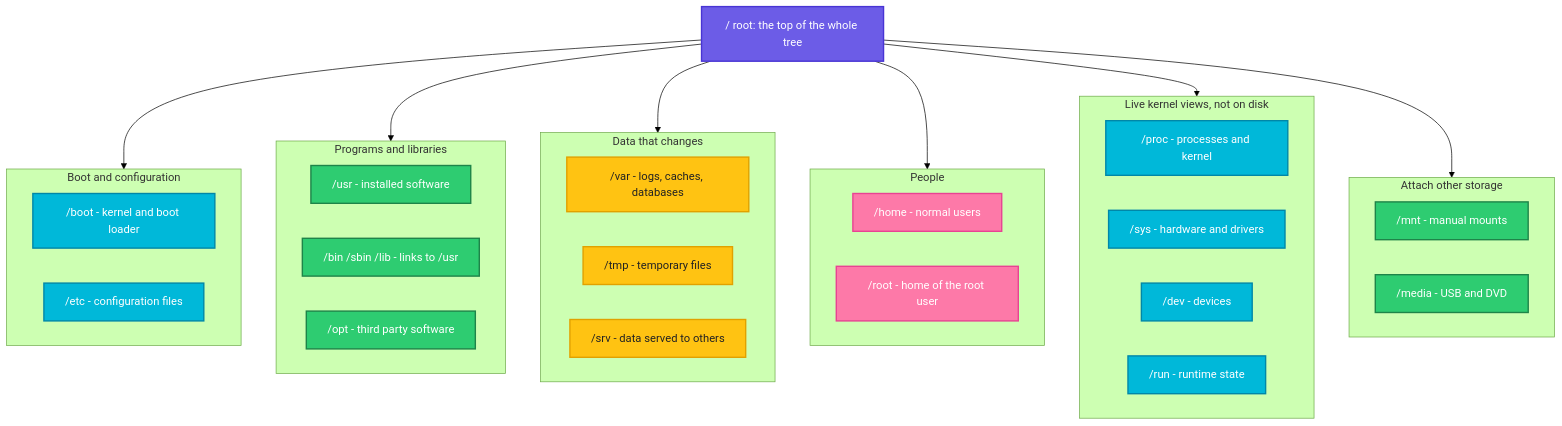
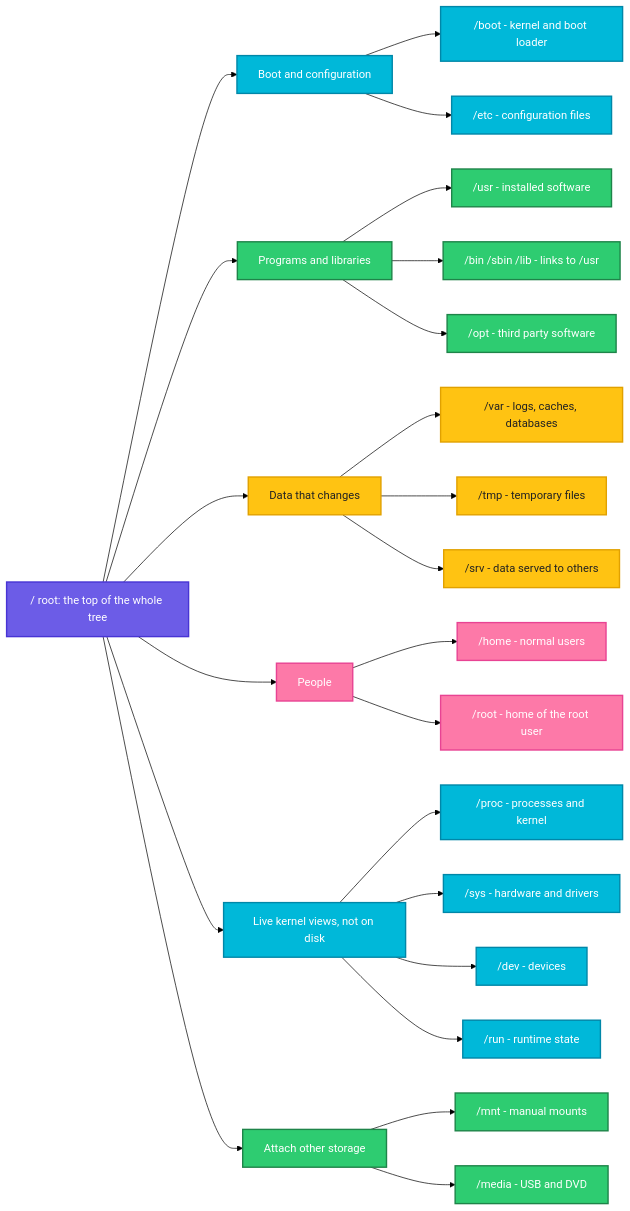
One commit to codeKerdosTech/DevOps-Documentation changed the diagram in linux/fundamentals/04-filesystem-hierarchy.md. Above: the diagram before and after it, drawn with Mermaid (forest theme). The commit also changed other lines of this file, not shown here.

Commit message:
updated linux

````diff
--- a/linux/fundamentals/04-filesystem-hierarchy.md
+++ b/linux/fundamentals/04-filesystem-hierarchy.md
@@ -42,52 +42,45 @@
 ```mermaid
-flowchart TD
+flowchart LR
     ROOT["/ root: the top of the whole tree"]
-    ROOT --> G1
-    ROOT --> G2
-    ROOT --> G3
-    ROOT --> G4
-    ROOT --> G5
-    ROOT --> G6
+    ROOT --> G1["Boot and configuration"]
+    ROOT --> G2["Programs and libraries"]
+    ROOT --> G3["Data that changes"]
+    ROOT --> G4["People"]
+    ROOT --> G5["Live kernel views, not on disk"]
+    ROOT --> G6["Attach other storage"]
 
-    subgraph G1["Boot and configuration"]
-        boot["/boot - kernel and boot loader"]
-        etc["/etc - configuration files"]
-    end
-    subgraph G2["Programs and libraries"]
-        usr["/usr - installed software"]
-        bin["/bin /sbin /lib - links to /usr"]
-        opt["/opt - third party software"]
-    end
-    subgraph G3["Data that changes"]
-        var["/var - logs, caches, databases"]
-        tmp["/tmp - temporary files"]
-        srv["/srv - data served to others"]
-    end
-    subgraph G4["People"]
-        home["/home - normal users"]
-        rootuser["/root - home of the root user"]
-    end
-    subgraph G5["Live kernel views, not on disk"]
-        procfs["/proc - processes and kernel"]
-        sysfs["/sys - hardware and drivers"]
-        dev["/dev - devices"]
-        run["/run - runtime state"]
-    end
-    subgraph G6["Attach other storage"]
-        mnt["/mnt - manual mounts"]
-        media["/media - USB and DVD"]
-    end
+    G1 --> boot["/boot - kernel and boot loader"]
+    G1 --> etc["/etc - configuration files"]
+
+    G2 --> usr["/usr - installed software"]
+    G2 --> bin["/bin /sbin /lib - links to /usr"]
+    G2 --> opt["/opt - third party software"]
+
+    G3 --> var["/var - logs, caches, databases"]
+    G3 --> tmp["/tmp - temporary files"]
+    G3 --> srv["/srv - data served to others"]
+
+    G4 --> home["/home - normal users"]
+    G4 --> rootuser["/root - home of the root user"]
+
+    G5 --> procfs["/proc - processes and kernel"]
+    G5 --> sysfs["/sys - hardware and drivers"]
+    G5 --> dev["/dev - devices"]
+    G5 --> run["/run - runtime state"]
+
+    G6 --> mnt["/mnt - manual mounts"]
+    G6 --> media["/media - USB and DVD"]
 
     classDef start fill:#6C5CE7,stroke:#4834D4,stroke-width:2px,color:#fff
     classDef proc fill:#00B8D9,stroke:#0087A8,stroke-width:2px,color:#fff
     classDef dec fill:#FFC312,stroke:#E1A100,stroke-width:2px,color:#222
     classDef ok fill:#2ECC71,stroke:#1E8449,stroke-width:2px,color:#fff
     classDef out fill:#FD79A8,stroke:#E84393,stroke-width:2px,color:#fff
     class ROOT start
-    class boot,etc proc
-    class usr,bin,opt ok
-    class var,tmp,srv dec
-    class home,rootuser out
-    class procfs,sysfs,dev,run proc
-    class mnt,media ok
+    class G1,boot,etc proc
+    class G2,usr,bin,opt ok
+    class G3,var,tmp,srv dec
+    class G4,home,rootuser out
+    class G5,procfs,sysfs,dev,run proc
+    class G6,mnt,media ok
 ```
````
